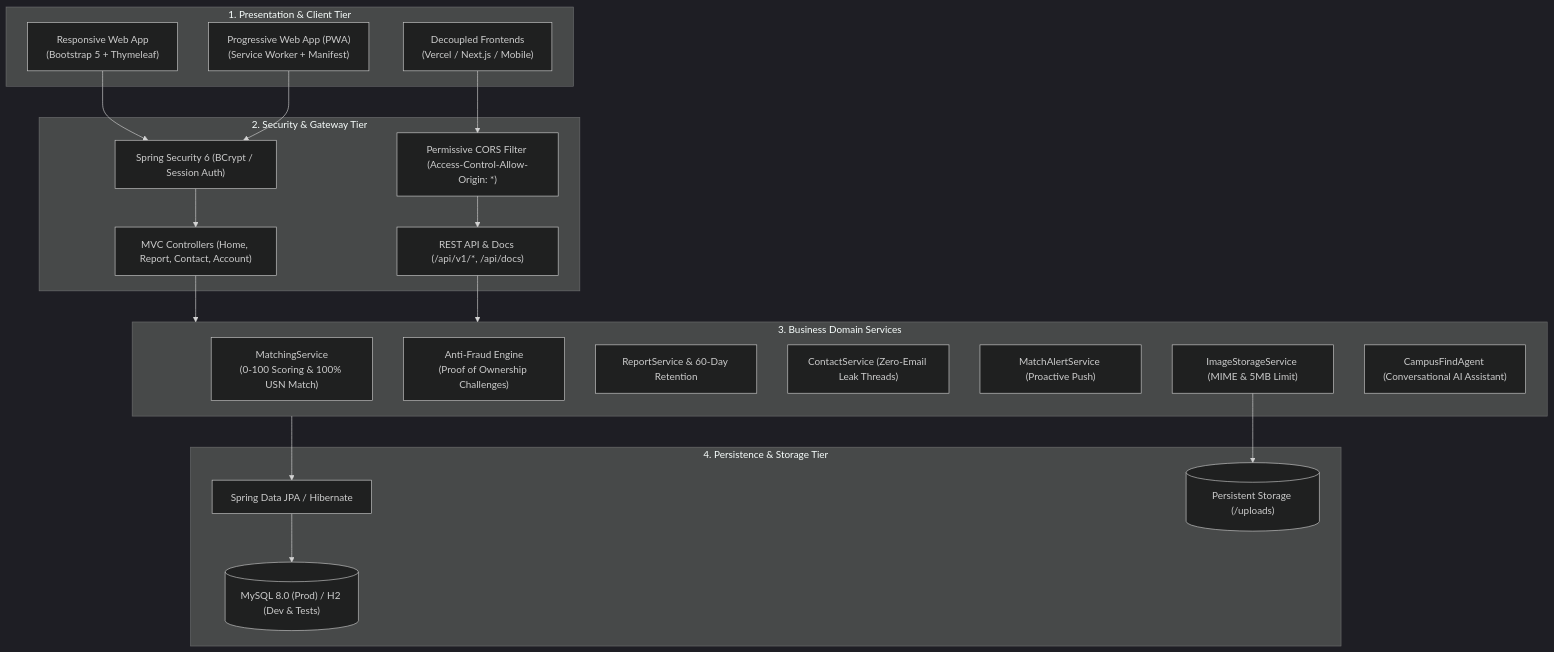
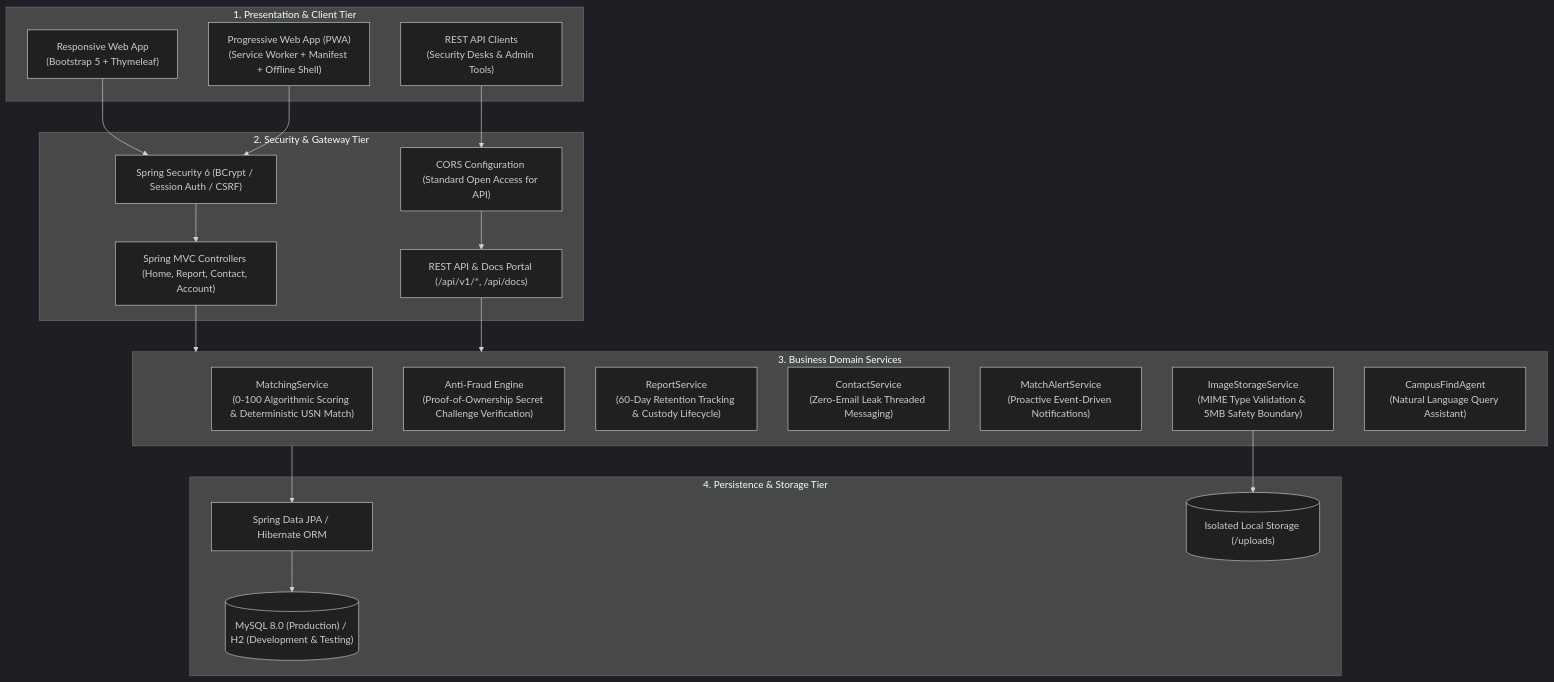
Before and after one commit to saipraneeth1806/CampusFind: the diagram in README.md, drawn with Mermaid (dark theme). The commit also changed other lines of this file and 2 other files, not shown here.

Commit message:
docs: optimize README and architecture diagram for production portfolio and resume

````diff
--- a/README.md
+++ b/README.md
@@ -26,42 +50,42 @@
 ```mermaid
 flowchart TD
     subgraph ClientTier ["1. Presentation & Client Tier"]
         Browser["Responsive Web App\n(Bootstrap 5 + Thymeleaf)"]
-        PWA["Progressive Web App (PWA)\n(Service Worker + Manifest)"]
-        Decoupled["Decoupled Frontends\n(Vercel / Next.js / Mobile)"]
+        PWA["Progressive Web App (PWA)\n(Service Worker + Manifest + Offline Shell)"]
+        APIClient["REST API Clients\n(Security Desks & Admin Tools)"]
     end
 
     subgraph SecurityGateway ["2. Security & Gateway Tier"]
-        SecFilter["Spring Security 6 (BCrypt / Session Auth)"]
-        CORS["Permissive CORS Filter (Access-Control-Allow-Origin: *)"]
-        WebControllers["MVC Controllers (Home, Report, Contact, Account)"]
-        RestController["REST API & Docs (/api/v1/*, /api/docs)"]
+        SecFilter["Spring Security 6 (BCrypt / Session Auth / CSRF)"]
+        CORS["CORS Configuration (Standard Open Access for API)"]
+        WebControllers["Spring MVC Controllers (Home, Report, Contact, Account)"]
+        RestController["REST API & Docs Portal (/api/v1/*, /api/docs)"]
     end
 
     subgraph ServiceTier ["3. Business Domain Services"]
-        MatchSvc["MatchingService\n(0-100 Scoring & 100% USN Match)"]
-        AntiFraud["Anti-Fraud Engine\n(Proof of Ownership Challenges)"]
-        ReportSvc["ReportService & 60-Day Retention"]
-        ContactSvc["ContactService (Zero-Email Leak Threads)"]
-        AlertSvc["MatchAlertService (Proactive Push)"]
-        StorageSvc["ImageStorageService (MIME & 5MB Limit)"]
-        AIAgent["CampusFindAgent (Conversational AI Assistant)"]
+        MatchSvc["MatchingService\n(0-100 Algorithmic Scoring & Deterministic USN Match)"]
+        AntiFraud["Anti-Fraud Engine\n(Proof-of-Ownership Secret Challenge Verification)"]
+        ReportSvc["ReportService\n(60-Day Retention Tracking & Custody Lifecycle)"]
+        ContactSvc["ContactService\n(Zero-Email Leak Threaded Messaging)"]
+        AlertSvc["MatchAlertService\n(Proactive Event-Driven Notifications)"]
+        StorageSvc["ImageStorageService\n(MIME Type Validation & 5MB Safety Boundary)"]
+        AIAgent["CampusFindAgent\n(Natural Language Query Assistant)"]
     end
 
     subgraph PersistenceTier ["4. Persistence & Storage Tier"]
-        JPARepo["Spring Data JPA / Hibernate"]
-        DB[("MySQL 8.0 (Prod) / H2 (Dev & Tests)")]
-        DiskStorage[("Persistent Storage (/uploads)")]
+        JPARepo["Spring Data JPA / Hibernate ORM"]
+        DB[("MySQL 8.0 (Production) / H2 (Development & Testing)")]
+        DiskStorage[("Isolated Local Storage (/uploads)")]
     end
 
     Browser --> SecFilter
     PWA --> SecFilter
-    Decoupled --> CORS --> RestController
+    APIClient --> CORS --> RestController
 
     SecFilter --> WebControllers
     WebControllers --> ServiceTier
     RestController --> ServiceTier
 
     ServiceTier --> JPARepo --> DB
     StorageSvc --> DiskStorage
 ```
````
